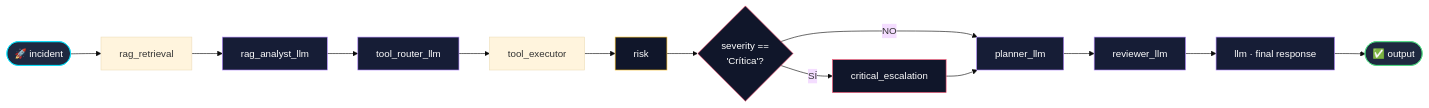
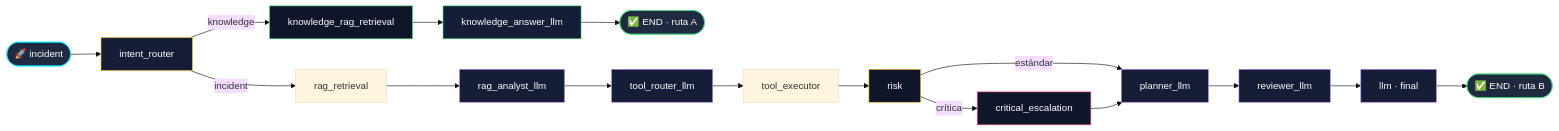
The second of 3 diagrams in README.md (dcambronero/soc-copilot-agentic-ai-kong-lakera-langgraph), drawn with Mermaid (base theme) before and after one commit. The commit also changed other lines of this file, not shown here.

Commit message:
Update README with V6 architecture and deployment guide

````diff
--- a/README.md
+++ b/README.md
@@ -245,26 +311,33 @@
 ```mermaid
 flowchart LR
-    A([🚀 incident]) --> B[rag_retrieval]
-    B --> C[rag_analyst_llm]
-    C --> D[tool_router_llm]
-    D --> E[tool_executor]
-    E --> F[risk]
-    F --> G{severity ==<br/>'Crítica'?}
-    G -- SÍ --> H[critical_escalation]
-    G -- NO --> I[planner_llm]
-    H --> I
-    I --> J[reviewer_llm]
-    J --> K[llm · final response]
-    K --> L([✅ output])
+    Start([🚀 incident]) --> IR[intent_router]
+    IR -- knowledge --> KR[knowledge_rag_retrieval]
+    KR --> KA[knowledge_answer_llm]
+    KA --> EndA([✅ END · ruta A])
 
-    style A fill:#1f2940,stroke:#00e5ff,color:#fff
-    style L fill:#1f2940,stroke:#4ade80,color:#fff
-    style C fill:#161d36,stroke:#b388ff,color:#fff
-    style D fill:#161d36,stroke:#b388ff,color:#fff
-    style I fill:#161d36,stroke:#b388ff,color:#fff
-    style J fill:#161d36,stroke:#b388ff,color:#fff
-    style K fill:#161d36,stroke:#b388ff,color:#fff
-    style F fill:#10162a,stroke:#fbbf24,color:#fff
-    style G fill:#10162a,stroke:#ff5577,color:#fff
-    style H fill:#10162a,stroke:#ff5577,color:#fff
+    IR -- incident --> RR[rag_retrieval]
+    RR --> RA[rag_analyst_llm]
+    RA --> TR[tool_router_llm]
+    TR --> TE[tool_executor]
+    TE --> R[risk]
+    R -- crítica --> CE[critical_escalation]
+    R -- estándar --> P[planner_llm]
+    CE --> P
+    P --> Rev[reviewer_llm]
+    Rev --> L[llm · final]
+    L --> EndB([✅ END · ruta B])
+
+    style Start fill:#1f2940,stroke:#00e5ff,color:#fff
+    style EndA fill:#1f2940,stroke:#4ade80,color:#fff
+    style EndB fill:#1f2940,stroke:#4ade80,color:#fff
+    style IR fill:#161d36,stroke:#fbbf24,color:#fff
+    style KR fill:#10162a,stroke:#4ade80,color:#fff
+    style KA fill:#161d36,stroke:#4ade80,color:#fff
+    style RA fill:#161d36,stroke:#b388ff,color:#fff
+    style TR fill:#161d36,stroke:#b388ff,color:#fff
+    style P fill:#161d36,stroke:#b388ff,color:#fff
+    style Rev fill:#161d36,stroke:#b388ff,color:#fff
+    style L fill:#161d36,stroke:#b388ff,color:#fff
+    style R fill:#10162a,stroke:#fbbf24,color:#fff
+    style CE fill:#10162a,stroke:#ff5577,color:#fff
 ```
````
